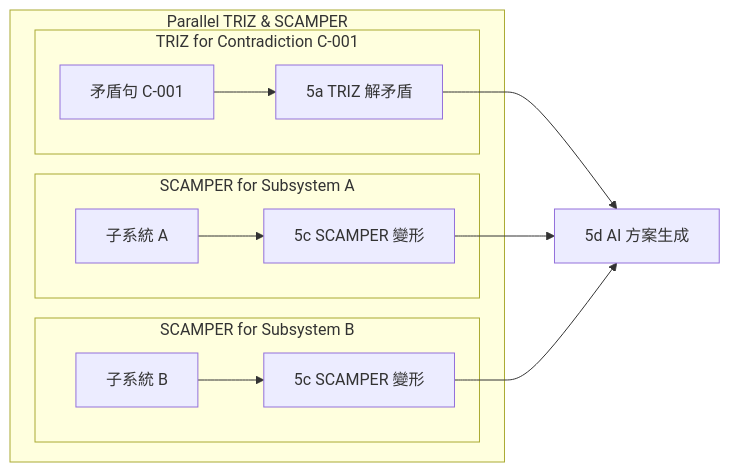
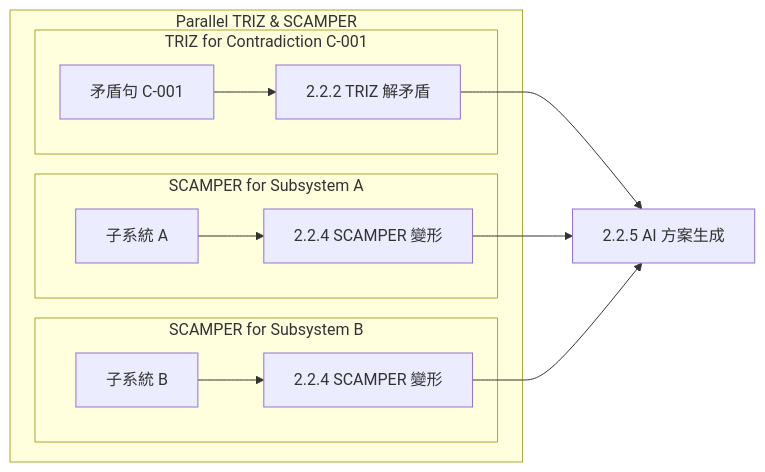
The third of 3 diagrams in docs/e2e/RD_Design_Copilot_State_Machine.md (Zenobia000/AutoTRIZ_smart_design), drawn with Mermaid before and after one commit. The commit also changed other lines of this file and 147 other files, not shown here.

````diff
--- a/docs/e2e/RD_Design_Copilot_State_Machine.md
+++ b/docs/e2e/RD_Design_Copilot_State_Machine.md
@@ -150,17 +150,17 @@
 ```mermaid
 flowchart LR
     subgraph "Parallel TRIZ & SCAMPER"
         subgraph "TRIZ for Contradiction C-001"
-            C001_Input["矛盾句 C-001"] --> TRIZ_C001["5a TRIZ 解矛盾"]
+            C001_Input["矛盾句 C-001"] --> TRIZ_C001["2.2.2 TRIZ 解矛盾"]
         end
         subgraph "SCAMPER for Subsystem A"
-            SSA_Input["子系統 A"] --> SCAMPER_SSA["5c SCAMPER 變形"]
+            SSA_Input["子系統 A"] --> SCAMPER_SSA["2.2.4 SCAMPER 變形"]
         end
         subgraph "SCAMPER for Subsystem B"
-            SSB_Input["子系統 B"] --> SCAMPER_SSB["5c SCAMPER 變形"]
+            SSB_Input["子系統 B"] --> SCAMPER_SSB["2.2.4 SCAMPER 變形"]
         end
     end
-    TRIZ_C001 --> S5d_AI_Gen["5d AI 方案生成"]
-    SCAMPER_SSA --> S5d_AI_Gen
-    SCAMPER_SSB --> S5d_AI_Gen
+    TRIZ_C001 --> S2_2_5_AI_Gen["2.2.5 AI 方案生成"]
+    SCAMPER_SSA --> S2_2_5_AI_Gen
+    SCAMPER_SSB --> S2_2_5_AI_Gen
 ```
````
